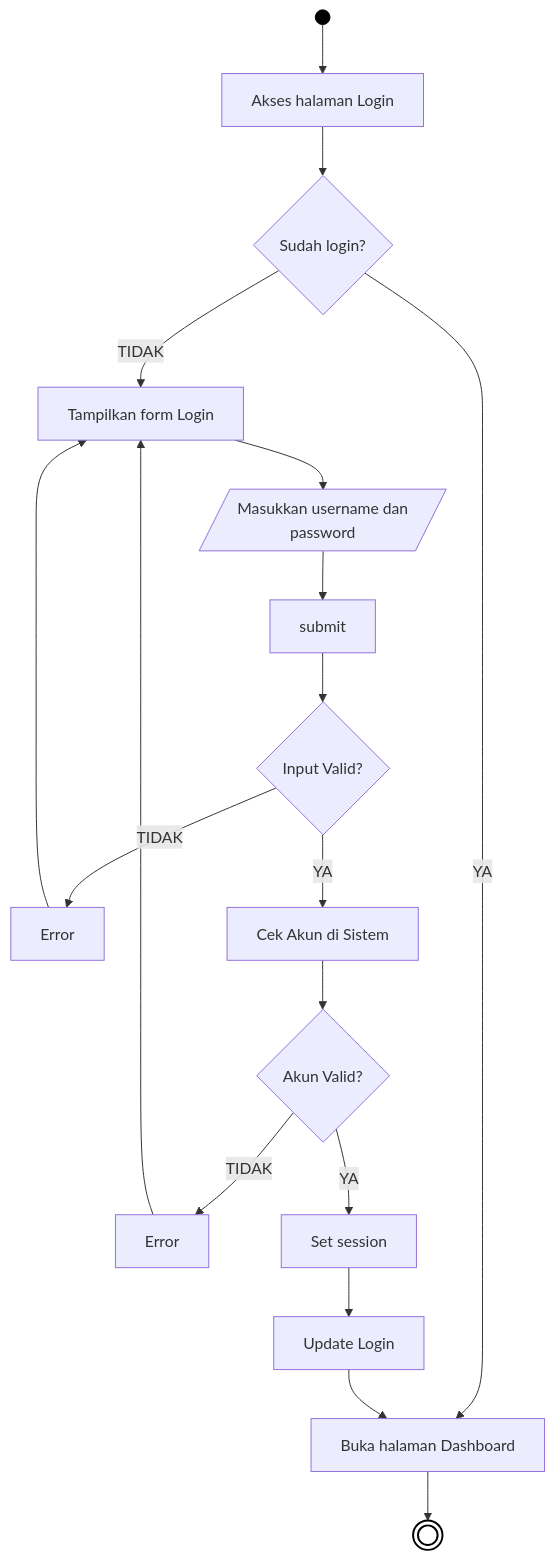
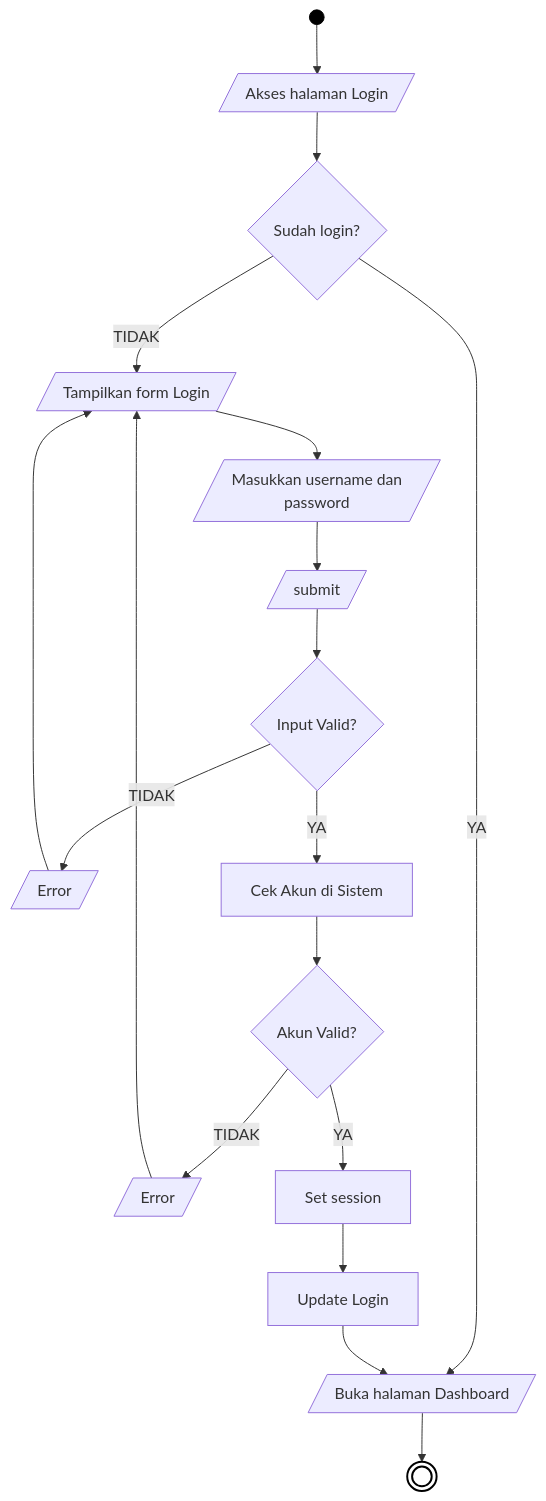
The first of 21 diagrams in docs/01_DIAGRAM_AKTIVITAS.md (arbain-dev/Web_fikom), drawn with Mermaid before and after one commit. The commit also changed other lines of this file, not shown here.

````diff
--- a/docs/01_DIAGRAM_AKTIVITAS.md
+++ b/docs/01_DIAGRAM_AKTIVITAS.md
@@ -12,29 +12,29 @@
 ```mermaid
 flowchart TD
-    Start(( )) --> A[Akses halaman Login]
+    Start(( )) --> A[/Akses halaman Login/]
     A --> B{Sudah login?}
     
-    B -- YA --> C[Buka halaman Dashboard]
+    B -- YA --> C[/Buka halaman Dashboard/]
     C --> End((( )))
     
-    B -- TIDAK --> D[Tampilkan form Login]
-    D --> E[/Masukkan username dan\npassword/]
-    E --> F[submit]
+    B -- TIDAK --> D[/Tampilkan form Login/]
+    D --> E[/Masukkan username dan<br>password/]
+    E --> F[/submit/]
     F --> G{Input Valid?}
     
-    G -- TIDAK --> H[Error]
+    G -- TIDAK --> H[/Error/]
     H --> D
     
     G -- YA --> I[Cek Akun di Sistem]
     I --> J{Akun Valid?}
     
-    J -- TIDAK --> K[Error]
+    J -- TIDAK --> K[/Error/]
     K --> D
     
     J -- YA --> L[Set session]
     L --> M[Update Login]
     M --> C
     
     style Start fill:#000,stroke:#000,color:#000
     style End fill:#fff,stroke:#000,stroke-width:2px
 ```
````
